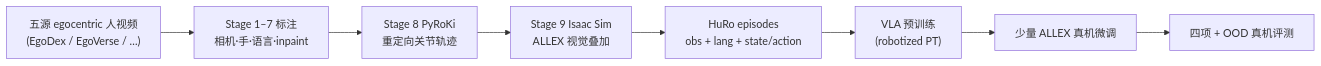
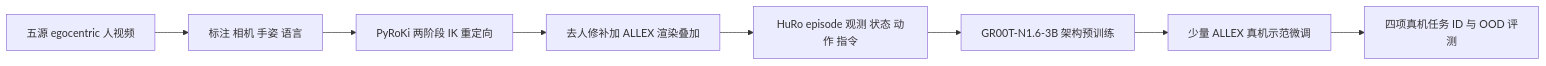
The diagram in wiki/entities/paper-huro.md (ImChong/Robotics_Notebooks), drawn with Mermaid before and after one commit. The commit also changed other lines of this file and 196 other files, not shown here.

````diff
--- a/wiki/entities/paper-huro.md
+++ b/wiki/entities/paper-huro.md
@@ -71,12 +68,12 @@
 ```mermaid
 flowchart LR
-  hv["五源 egocentric 人视频\n(EgoDex / EgoVerse / …)"]
-  ann["Stage 1–7 标注\n相机·手·语言·inpaint"]
-  act["Stage 8 PyRoKi\n重定向关节轨迹"]
-  vis["Stage 9 Isaac Sim\nALLEX 视觉叠加"]
-  ds["HuRo episodes\nobs + lang + state/action"]
-  pt["VLA 预训练\n(robotized PT)"]
-  ft["少量 ALLEX 真机微调"]
-  eval["四项 + OOD 真机评测"]
-  hv --> ann --> act --> vis --> ds --> pt --> ft --> eval
+  hv["五源 egocentric 人视频"]
+  ann["标注 相机 手姿 语言"]
+  act["PyRoKi 两阶段 IK 重定向"]
+  vis["去人修补加 ALLEX 渲染叠加"]
+  ds["HuRo episode 观测 状态 动作 指令"]
+  pt["GR00T-N1.6-3B 架构预训练"]
+  ft["少量 ALLEX 真机示范微调"]
+  ev["四项真机任务 ID 与 OOD 评测"]
+  hv --> ann --> act --> vis --> ds --> pt --> ft --> ev
 ```
````
